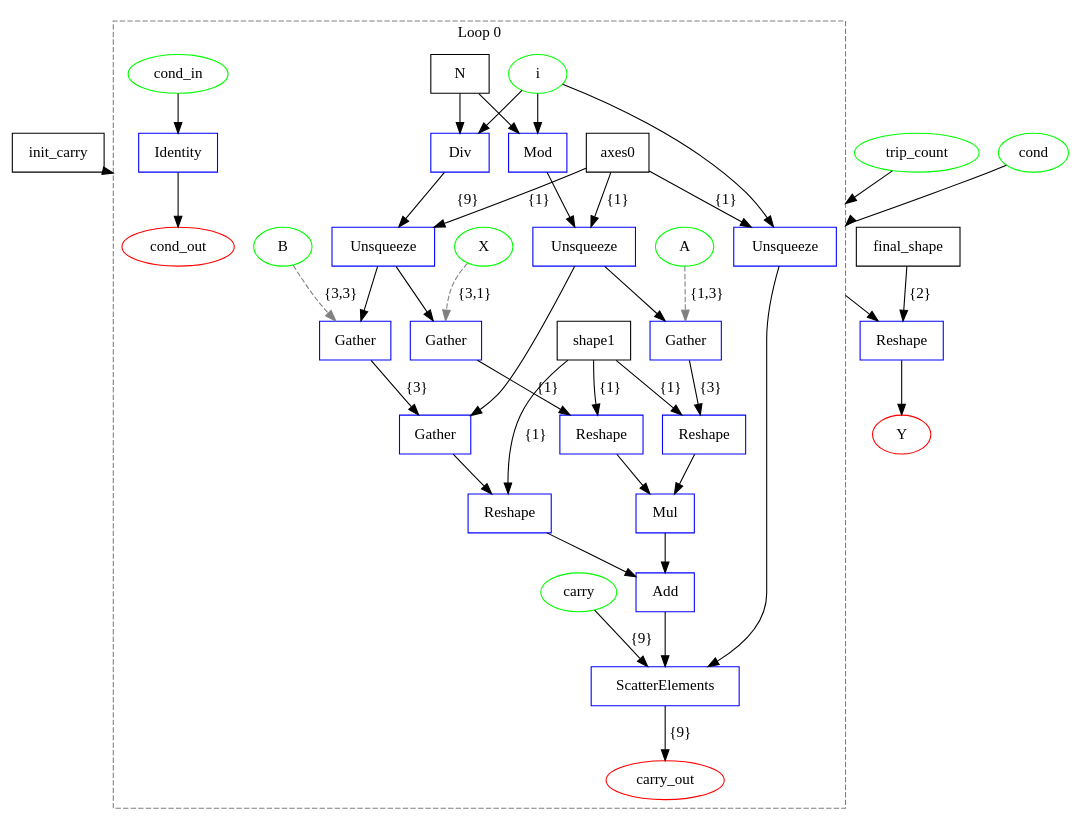
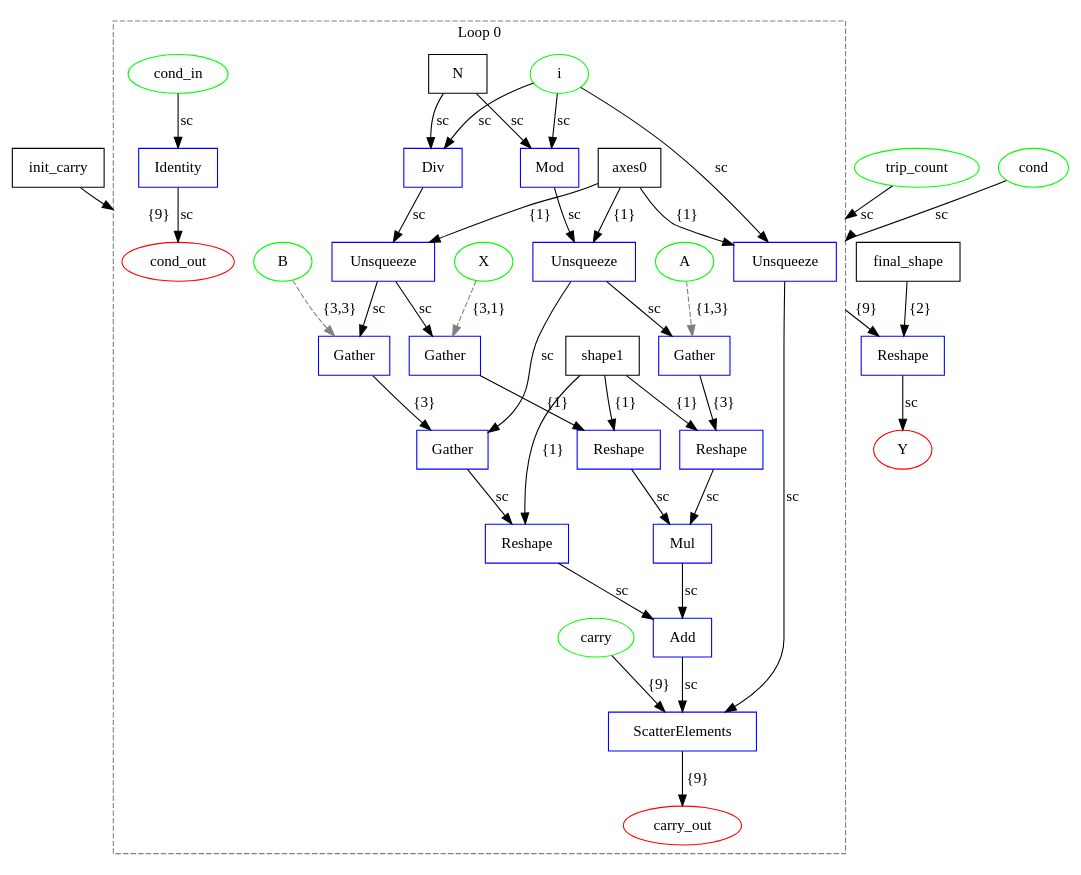
One commit to specs-feup/onnx-flow changed the diagram in examples/onnx/matmul_add_decomposed.dot. Above: the diagram before and after it, drawn with Graphviz. The commit also changed 52 other files, not shown here.

```diff
--- a/examples/onnx/matmul_add_decomposed.dot
+++ b/examples/onnx/matmul_add_decomposed.dot
@@ -1,83 +1,83 @@
 digraph {
   graph [compound=true];
   init_carry [label=init_carry shape=box];
   final_shape [label=final_shape shape=box];
   X [label=X shape=ellipse color="#00FF00"];
   A [label=A shape=ellipse color="#00FF00"];
   B [label=B shape=ellipse color="#00FF00"];
   trip_count [label=trip_count shape=ellipse color="#00FF00"];
   cond [label=cond shape=ellipse color="#00FF00"];
   Y [label=Y shape=ellipse color="#FF0000"];
   subgraph cluster_loop_0 {
     graph [rankdir=LR compound=true];
     loop0_axes0 [label=axes0 shape=box];
     loop0_N [label=N shape=box];
     loop0_shape1 [label=shape1 shape=box];
     loop0_i [label=i shape=ellipse color="#00FF00"];
     loop0_cond_in [label=cond_in shape=ellipse color="#00FF00"];
     loop0_carry [label=carry shape=ellipse color="#00FF00"];
     loop0_cond_out [label=cond_out shape=ellipse color="#FF0000"];
     loop0_carry_out [label=carry_out shape=ellipse color="#FF0000"];
     loop0_0 [label=Unsqueeze shape=box color="#0000FF"];
-    loop0_0 -> loop0_14 [label=""];
+    loop0_0 -> loop0_14 [label=sc];
     loop0_1 [label=Div shape=box color="#0000FF"];
-    loop0_1 -> loop0_3 [label=""];
+    loop0_1 -> loop0_3 [label=sc];
     loop0_2 [label=Mod shape=box color="#0000FF"];
-    loop0_2 -> loop0_4 [label=""];
+    loop0_2 -> loop0_4 [label=sc];
     loop0_3 [label=Unsqueeze shape=box color="#0000FF"];
-    loop0_3 -> loop0_5 [label=""];
-    loop0_3 -> loop0_10 [label=""];
+    loop0_3 -> loop0_5 [label=sc];
+    loop0_3 -> loop0_10 [label=sc];
     loop0_4 [label=Unsqueeze shape=box color="#0000FF"];
-    loop0_4 -> loop0_7 [label=""];
-    loop0_4 -> loop0_11 [label=""];
+    loop0_4 -> loop0_7 [label=sc];
+    loop0_4 -> loop0_11 [label=sc];
     loop0_5 [label=Gather shape=box color="#0000FF"];
     loop0_5 -> loop0_6 [label="{1}"];
     loop0_6 [label=Reshape shape=box color="#0000FF"];
-    loop0_6 -> loop0_9 [label=""];
+    loop0_6 -> loop0_9 [label=sc];
     loop0_7 [label=Gather shape=box color="#0000FF"];
     loop0_7 -> loop0_8 [label="{3}"];
     loop0_8 [label=Reshape shape=box color="#0000FF"];
-    loop0_8 -> loop0_9 [label=""];
+    loop0_8 -> loop0_9 [label=sc];
     loop0_9 [label=Mul shape=box color="#0000FF"];
-    loop0_9 -> loop0_13 [label=""];
+    loop0_9 -> loop0_13 [label=sc];
     loop0_10 [label=Gather shape=box color="#0000FF"];
     loop0_10 -> loop0_11 [label="{3}"];
     loop0_11 [label=Gather shape=box color="#0000FF"];
-    loop0_11 -> loop0_12 [label=""];
+    loop0_11 -> loop0_12 [label=sc];
     loop0_12 [label=Reshape shape=box color="#0000FF"];
-    loop0_12 -> loop0_13 [label=""];
+    loop0_12 -> loop0_13 [label=sc];
     loop0_13 [label=Add shape=box color="#0000FF"];
-    loop0_13 -> loop0_14 [label=""];
+    loop0_13 -> loop0_14 [label=sc];
     loop0_14 [label=ScatterElements shape=box color="#0000FF"];
     loop0_15 [label=Identity shape=box color="#0000FF"];
-    loop0_i -> loop0_0 [label=""];
+    loop0_i -> loop0_0 [label=sc];
     loop0_axes0 -> loop0_0 [label="{1}"];
     loop0_14 -> loop0_carry_out [label="{9}"];
-    loop0_i -> loop0_1 [label=""];
-    loop0_N -> loop0_1 [label=""];
-    loop0_i -> loop0_2 [label=""];
-    loop0_N -> loop0_2 [label=""];
+    loop0_i -> loop0_1 [label=sc];
+    loop0_N -> loop0_1 [label=sc];
+    loop0_i -> loop0_2 [label=sc];
+    loop0_N -> loop0_2 [label=sc];
     loop0_axes0 -> loop0_3 [label="{1}"];
     loop0_axes0 -> loop0_4 [label="{1}"];
     loop0_shape1 -> loop0_6 [label="{1}"];
     loop0_shape1 -> loop0_8 [label="{1}"];
     loop0_shape1 -> loop0_12 [label="{1}"];
     loop0_carry -> loop0_14 [label="{9}"];
-    loop0_cond_in -> loop0_15 [label=""];
-    loop0_15 -> loop0_cond_out [label=""];
+    loop0_cond_in -> loop0_15 [label=sc];
+    loop0_15 -> loop0_cond_out [label=sc];
     X -> loop0_5 [style=dashed color=gray label="{3,1}"];
     A -> loop0_7 [style=dashed color=gray label="{1,3}"];
     B -> loop0_10 [style=dashed color=gray label="{3,3}"];
     graph [label="Loop 0"];
     graph [style=dashed];
     graph [color=gray];
   }
 
-  loop0_0 -> 1 [label="" ltail=cluster_loop_0];
+  loop0_0 -> 1 [label="{9}" ltail=cluster_loop_0];
   1 [label=Reshape shape=box color="#0000FF"];
-  trip_count -> loop0_0 [label="" lhead=cluster_loop_0];
-  cond -> loop0_0 [label="" lhead=cluster_loop_0];
+  trip_count -> loop0_0 [label=sc lhead=cluster_loop_0];
+  cond -> loop0_0 [label=sc lhead=cluster_loop_0];
   init_carry -> loop0_0 [label="{9}" lhead=cluster_loop_0];
   final_shape -> 1 [label="{2}"];
-  1 -> Y [label=""];
+  1 -> Y [label=sc];
 }
```
